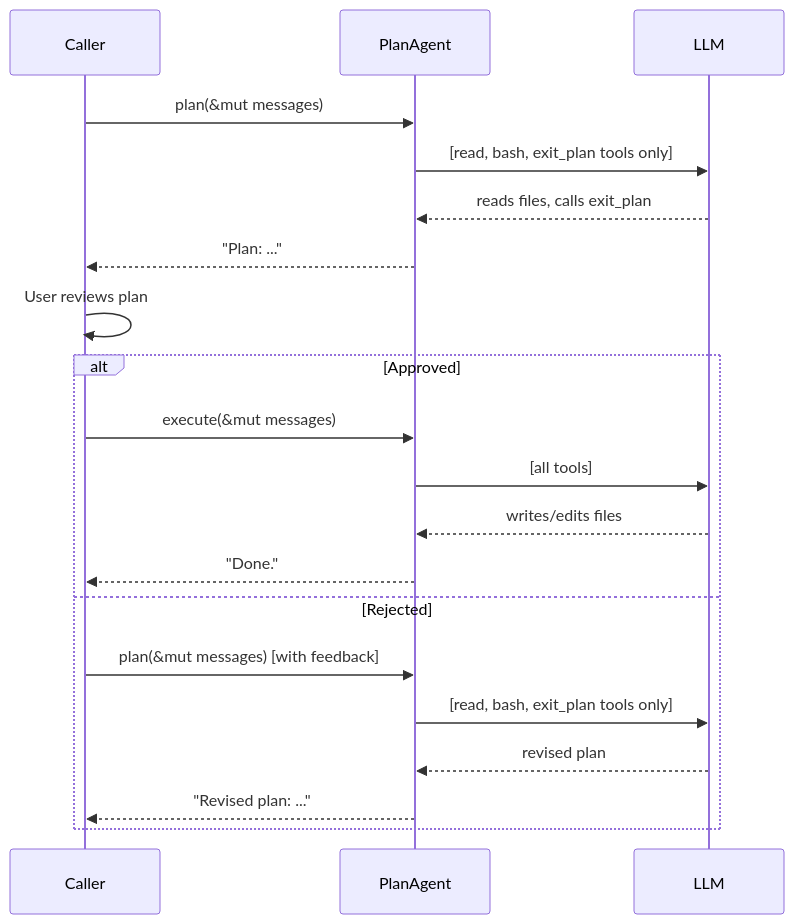
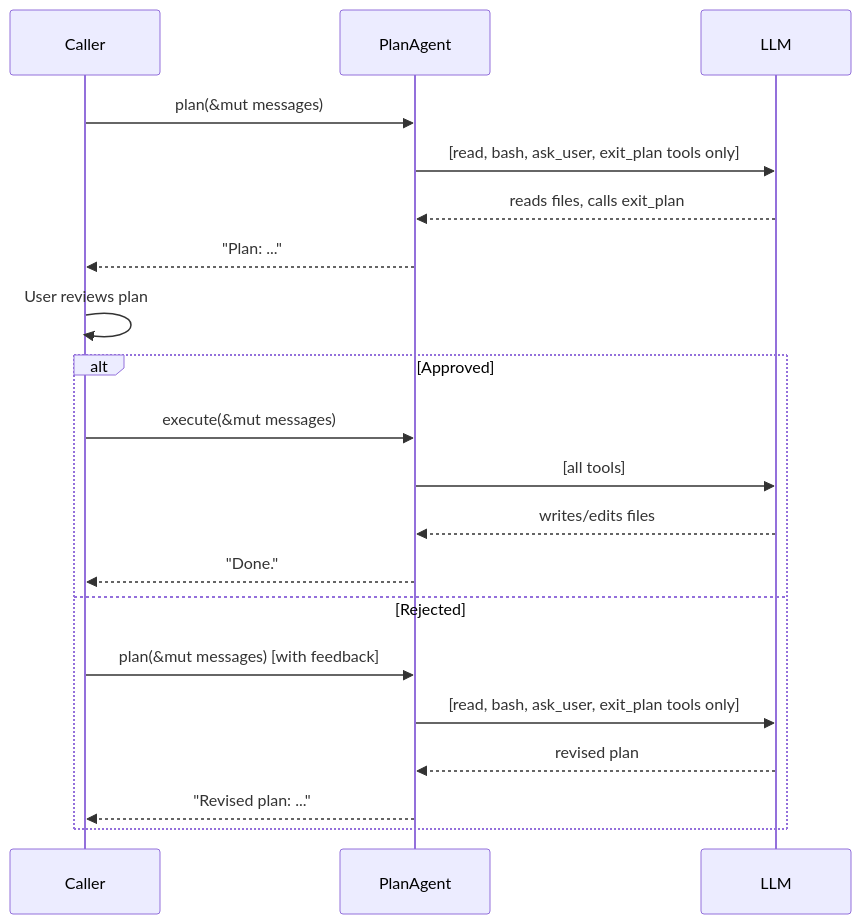
One commit to odysa/mini-claw-code changed the diagram in mini-claw-code-book/src/ch12-plan-mode.md. Above: the diagram before and after it, drawn with Mermaid. The commit also changed other lines of this file and 7 other files, not shown here.

````diff
--- a/mini-claw-code-book/src/ch12-plan-mode.md
+++ b/mini-claw-code-book/src/ch12-plan-mode.md
@@ -351,25 +359,25 @@
 ```mermaid
 sequenceDiagram
     participant C as Caller
     participant P as PlanAgent
     participant L as LLM
 
     C->>P: plan(&mut messages)
-    P->>L: [read, bash, exit_plan tools only]
+    P->>L: [read, bash, ask_user, exit_plan tools only]
     L-->>P: reads files, calls exit_plan
     P-->>C: "Plan: ..."
 
     C->>C: User reviews plan
 
     alt Approved
         C->>P: execute(&mut messages)
         P->>L: [all tools]
         L-->>P: writes/edits files
         P-->>C: "Done."
     else Rejected
         C->>P: plan(&mut messages) [with feedback]
-        P->>L: [read, bash, exit_plan tools only]
+        P->>L: [read, bash, ask_user, exit_plan tools only]
         L-->>P: revised plan
         P-->>C: "Revised plan: ..."
     end
 ```
````
